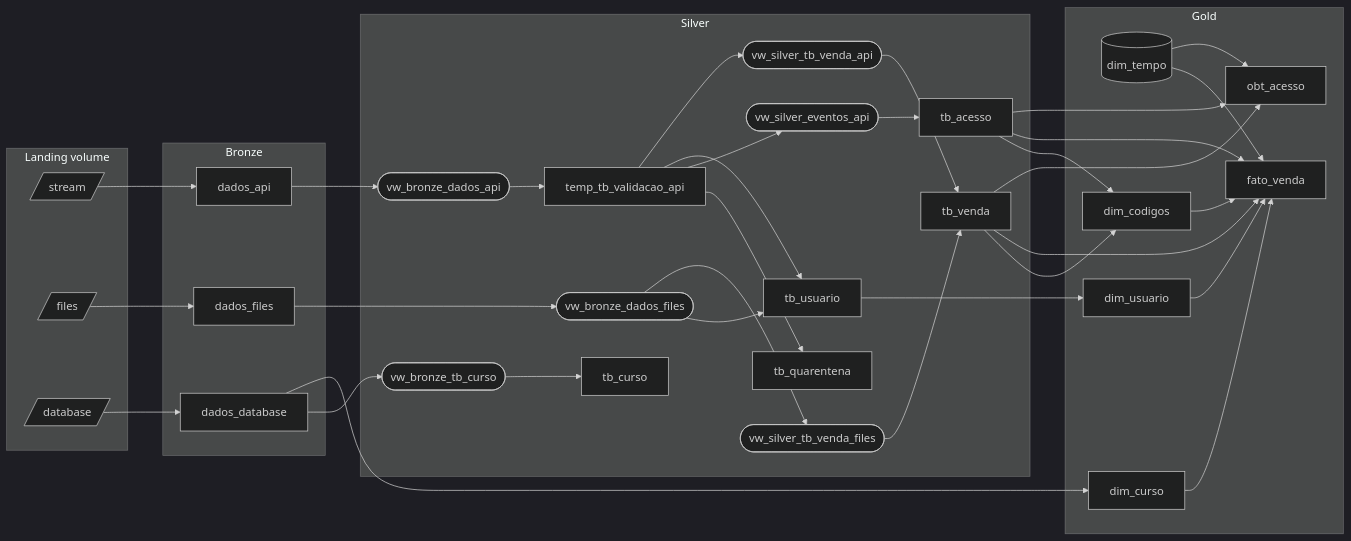
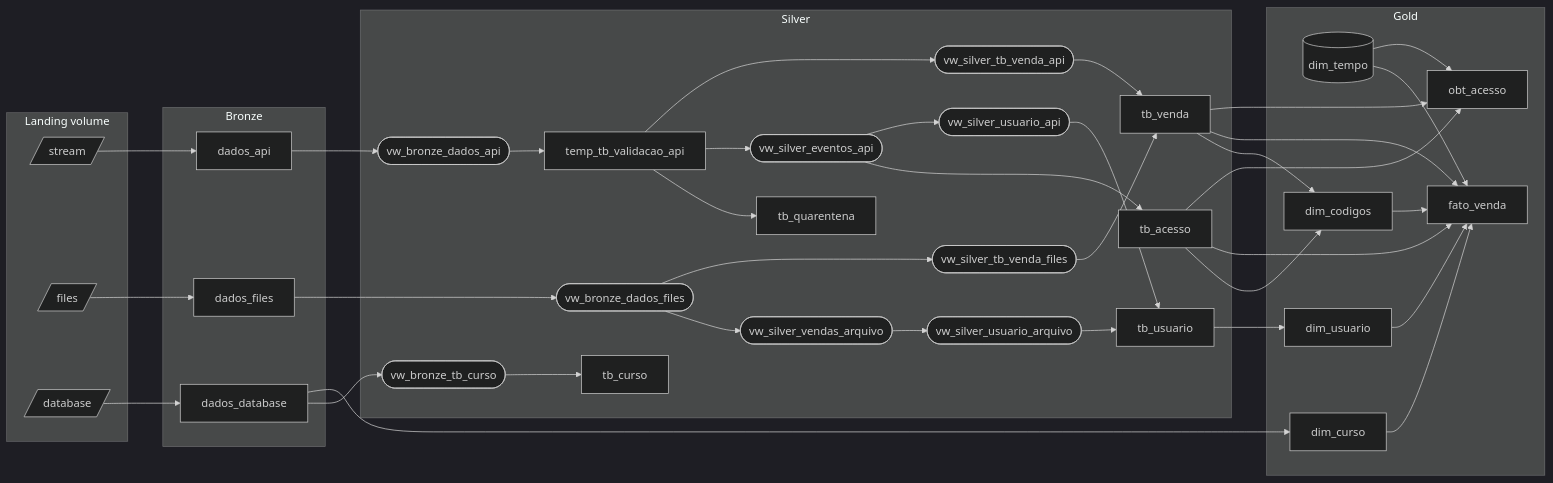
The diagram in doc/architecture.md (ajluz/lakeflow_claude_code-dbks-iatool), drawn with Mermaid (dark theme) before and after one commit. The commit also changed other lines of this file and 17 other files, not shown here.

````diff
--- a/doc/architecture.md
+++ b/doc/architecture.md
@@ -35,67 +35,70 @@
 ```mermaid
 flowchart LR
     subgraph landing[Landing volume]
         L1[/stream/]
         L2[/files/]
         L3[/database/]
     end
 
     subgraph bronze[Bronze]
         B1[dados_api]
         B2[dados_files]
         B3[dados_database]
     end
 
     subgraph silver[Silver]
         V1([vw_bronze_dados_api])
         V6([vw_silver_eventos_api])
         V2([vw_bronze_dados_files])
+        V7([vw_silver_vendas_arquivo])
+        V8([vw_silver_usuario_api])
+        V9([vw_silver_usuario_arquivo])
         T1[temp_tb_validacao_api]
         S1[tb_quarentena]
         S2[tb_acesso]
         S3[tb_usuario]
         V3([vw_silver_tb_venda_api])
         V4([vw_silver_tb_venda_files])
         S4[tb_venda]
         V5([vw_bronze_tb_curso])
         S5[tb_curso]
     end
 
     subgraph gold[Gold]
         G0[(dim_tempo)]
         G1[dim_usuario]
         G2[dim_curso]
         G3[dim_codigos]
         G4[fato_venda]
         G5[obt_acesso]
     end
 
     L1 --> B1 --> V1 --> T1
     L2 --> B2 --> V2
     L3 --> B3 --> V5 --> S5
 
     T1 --> S1
     T1 --> V6 --> S2
-    T1 --> S3
+    V6 --> V8 --> S3
     T1 --> V3
-    V2 --> S3
+    V2 --> V7 --> V9 --> S3
     V2 --> V4
     V3 --> S4
     V4 --> S4
 
     S3 --> G1
     B3 --> G2
     S4 --> G3
     S2 --> G3
 
     S4 --> G4
     S2 --> G4
     G0 --> G4
     G1 --> G4
     G2 --> G4
     G3 --> G4
 
     S2 --> G5
     S4 --> G5
     G0 --> G5
 ```
````
